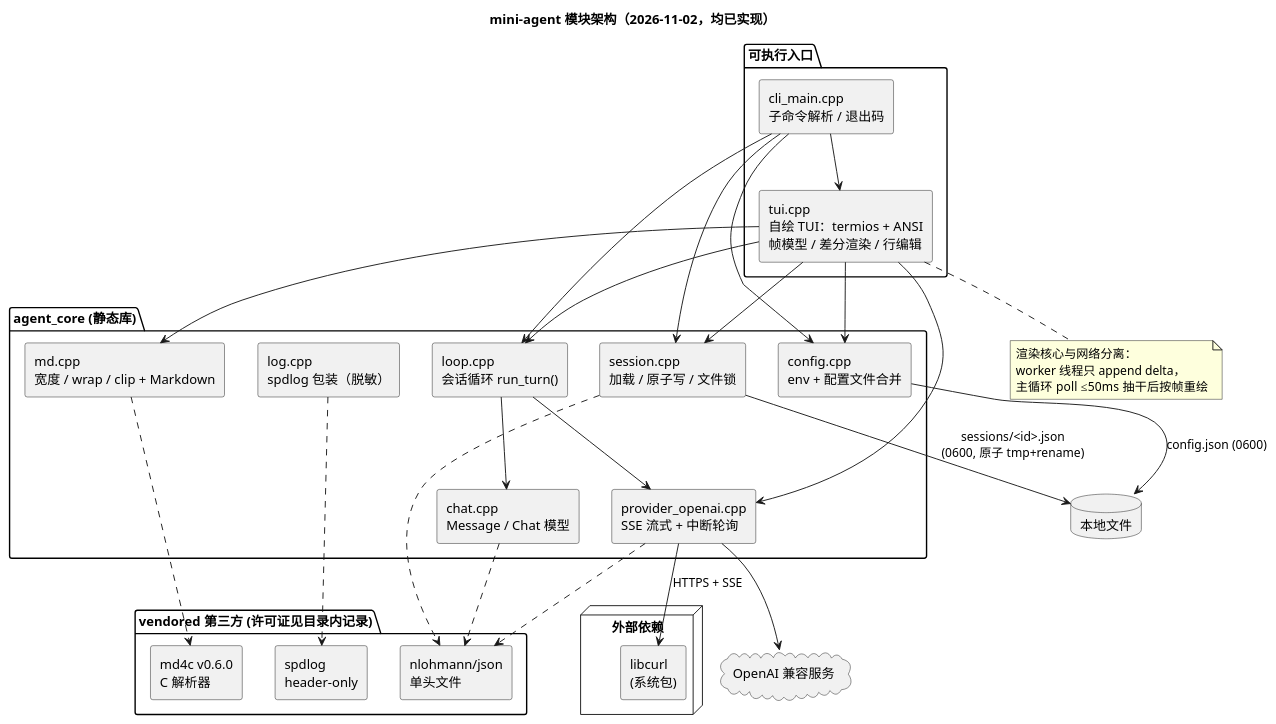
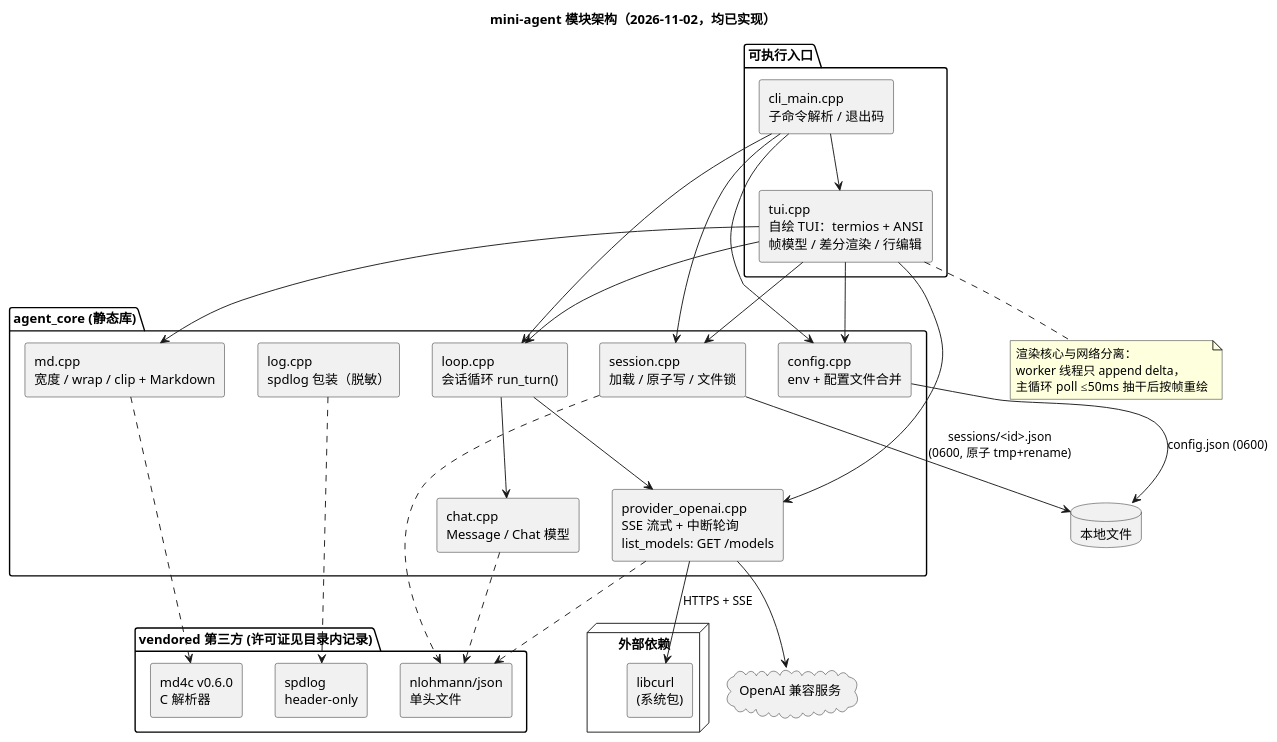
Before and after one commit to Lethe-cc/mini-agent: the first of 2 diagrams in docs/architecture.md, drawn with PlantUML. The commit also changed other lines of this file and 12 other files, not shown here.

````diff
--- a/docs/architecture.md
+++ b/docs/architecture.md
@@ -18,57 +18,57 @@
 ```plantuml
 @startuml mini-agent-architecture
 skinparam componentStyle rectangle
 title mini-agent 模块架构（2026-11-02，均已实现）
 
 package "可执行入口" {
   [cli_main.cpp\n子命令解析 / 退出码] as CLI
   [tui.cpp\n自绘 TUI：termios + ANSI\n帧模型 / 差分渲染 / 行编辑] as TUI
 }
 
 package "agent_core (静态库)" {
   [loop.cpp\n会话循环 run_turn()] as LOOP
   [chat.cpp\nMessage / Chat 模型] as CHAT
   [session.cpp\n加载 / 原子写 / 文件锁] as SESSION
-  [provider_openai.cpp\nSSE 流式 + 中断轮询] as PROVIDER
+  [provider_openai.cpp\nSSE 流式 + 中断轮询\nlist_models: GET /models] as PROVIDER
   [config.cpp\nenv + 配置文件合并] as CONFIG
   [md.cpp\n宽度 / wrap / clip + Markdown] as MD
   [log.cpp\nspdlog 包装（脱敏）] as LOG
 }
 
 package "vendored 第三方 (许可证见目录内记录)" {
   [nlohmann/json\n单头文件] as JSON
   [md4c v0.6.0\nC 解析器] as MD4C
   [spdlog\nheader-only] as SPDLOG
 }
 
 node "外部依赖" {
   [libcurl\n(系统包)] as CURL
 }
 
 cloud "OpenAI 兼容服务" as LLM
 database "本地文件" as FS
 
 CLI --> LOOP
 CLI --> SESSION
 CLI --> CONFIG
 CLI --> TUI
 TUI --> LOOP
 TUI --> PROVIDER
 TUI --> SESSION
 TUI --> MD
 TUI --> CONFIG
 LOOP --> CHAT
 LOOP --> PROVIDER
 PROVIDER --> CURL : HTTPS + SSE
 PROVIDER ..> JSON
 CHAT ..> JSON
 SESSION ..> JSON
 SESSION --> FS : sessions/<id>.json\n(0600, 原子 tmp+rename)
 CONFIG --> FS : config.json (0600)
 MD ..> MD4C
 LOG ..> SPDLOG
 PROVIDER --> LLM
 
 note bottom of TUI : 渲染核心与网络分离：\nworker 线程只 append delta，\n主循环 poll ≤50ms 抽干后按帧重绘
 @enduml
 ```
````
